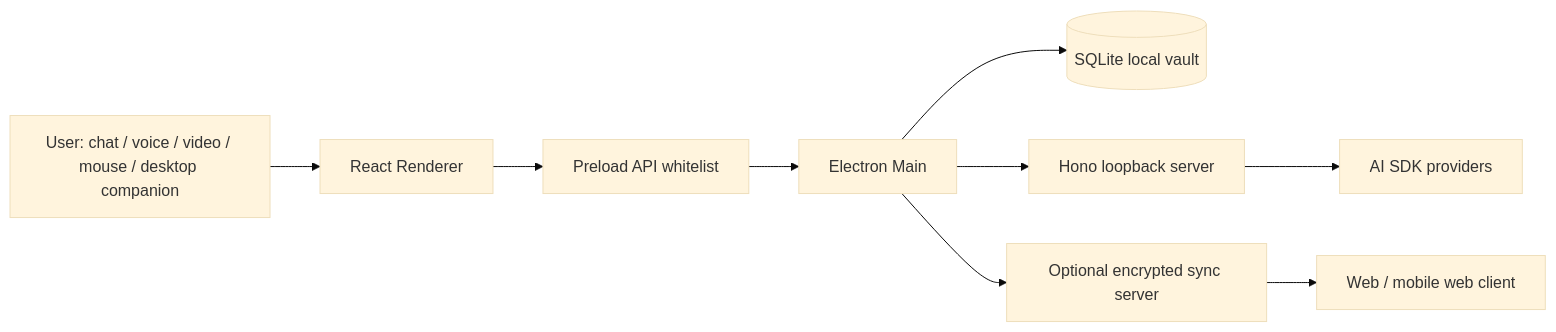
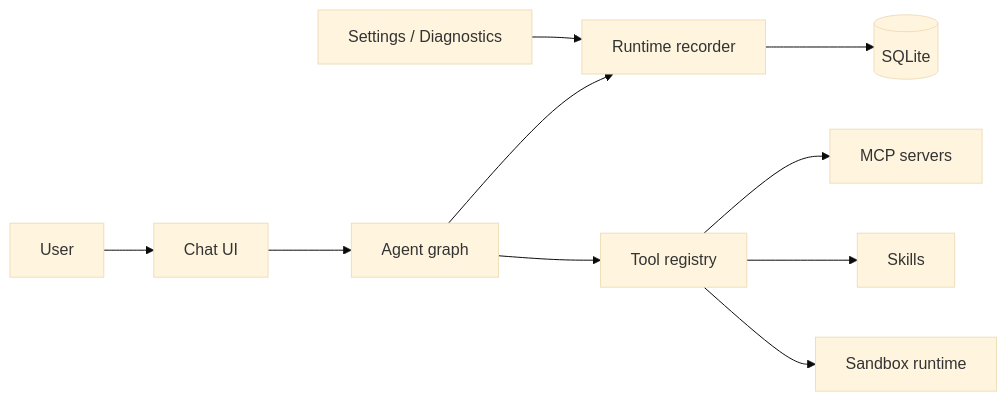
The diagram in docs/architecture.md (besscroft/void-ai), drawn with Mermaid (base theme) before and after one commit. The commit also changed other lines of this file and 55 other files, not shown here.

Commit message:
refactor: replace harness with runtime diagnostics

````diff
--- a/docs/architecture.md
+++ b/docs/architecture.md
@@ -23,11 +18,12 @@
 ```mermaid
 flowchart LR
-  User["User: chat / voice / video / mouse / desktop companion"] --> Renderer["React Renderer"]
-  Renderer --> Preload["Preload API whitelist"]
-  Preload --> Main["Electron Main"]
-  Main --> DB[("SQLite local vault")]
-  Main --> LocalServer["Hono loopback server"]
-  LocalServer --> AISDK["AI SDK providers"]
-  Main --> Sync["Optional encrypted sync server"]
-  Sync --> Web["Web / mobile web client"]
+  User["User"] --> Chat["Chat UI"]
+  Chat --> Agent["Agent graph"]
+  Agent --> Runtime["Runtime recorder"]
+  Agent --> Tools["Tool registry"]
+  Tools --> MCP["MCP servers"]
+  Tools --> Skills["Skills"]
+  Tools --> Sandbox["Sandbox runtime"]
+  Runtime --> DB[("SQLite")]
+  Settings["Settings / Diagnostics"] --> Runtime
 ```
````
